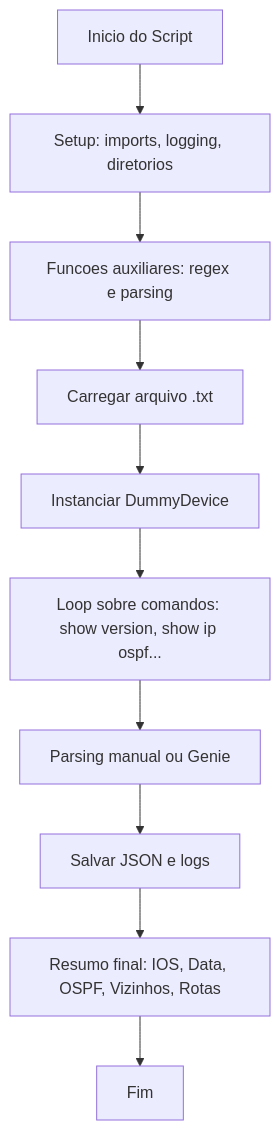
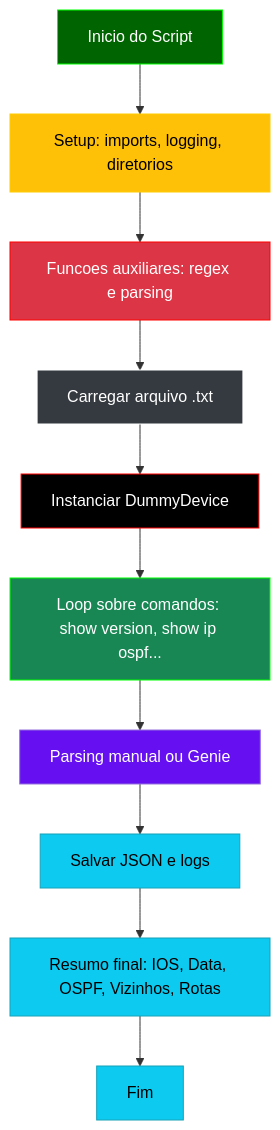
Before and after one commit to alcancil/Cisco: the fifth of 5 diagrams in CCNP 350-401 ENCOR/06 - Automation/20- Python - 14 - Parsing  Automatico - II/README.md, drawn with Mermaid.

Commit message:
Adicionado a pasta 20- Python - 14 - Parsing  Automatico - II

````diff
--- a/CCNP 350-401 ENCOR/06 - Automation/20- Python - 14 - Parsing  Automatico - II/README.md
+++ b/CCNP 350-401 ENCOR/06 - Automation/20- Python - 14 - Parsing  Automatico - II/README.md
@@ -786,12 +786,24 @@
 ```mermaid
 flowchart TD
     A[Inicio do Script] --> B[Setup: imports, logging, diretorios]
     B --> C[Funcoes auxiliares: regex e parsing]
     C --> D[Carregar arquivo .txt]
     D --> E[Instanciar DummyDevice]
     E --> F[Loop sobre comandos: show version, show ip ospf...]
     F --> G[Parsing manual ou Genie]
     G --> H[Salvar JSON e logs]
     H --> I[Resumo final: IOS, Data, OSPF, Vizinhos, Rotas]
     I --> J[Fim]
+
+style A fill:#006400,stroke:#00ff00,color:#ffffff 
+style B fill:#ffc107,stroke:#ffcc00,color:#000000
+style C fill:#dc3545,stroke:#ff0000,color:#ffffff
+style D fill:#1e3a8a,stroke:#3b82f6,color:#ffffff
+style D fill:#343a40,stroke:#ffffff,color:#ffffff
+style E fill:#000000,stroke:#ff0000,color:#ffffff
+style F fill:#198754,stroke:#00ff00,color:#ffffff
+style G fill:#6610f2,stroke:#9370DB,color:#ffffff
+style H fill:#0dcaf0,stroke:#17a2b8,color:#000000
+style I fill:#0dcaf0,stroke:#17a2b8,color:#000000
+style J fill:#0dcaf0,stroke:#17a2b8,color:#000000
 ```
````
